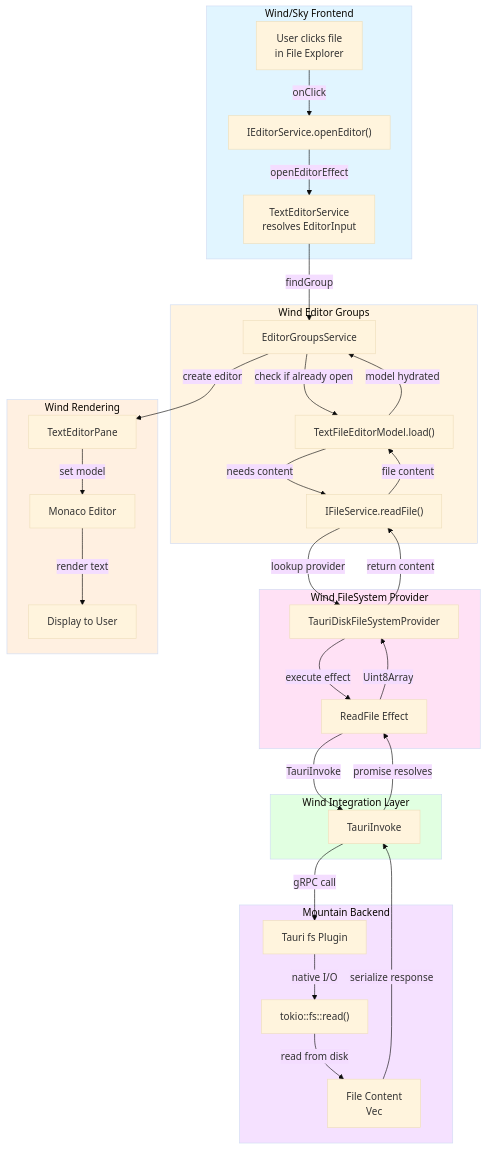
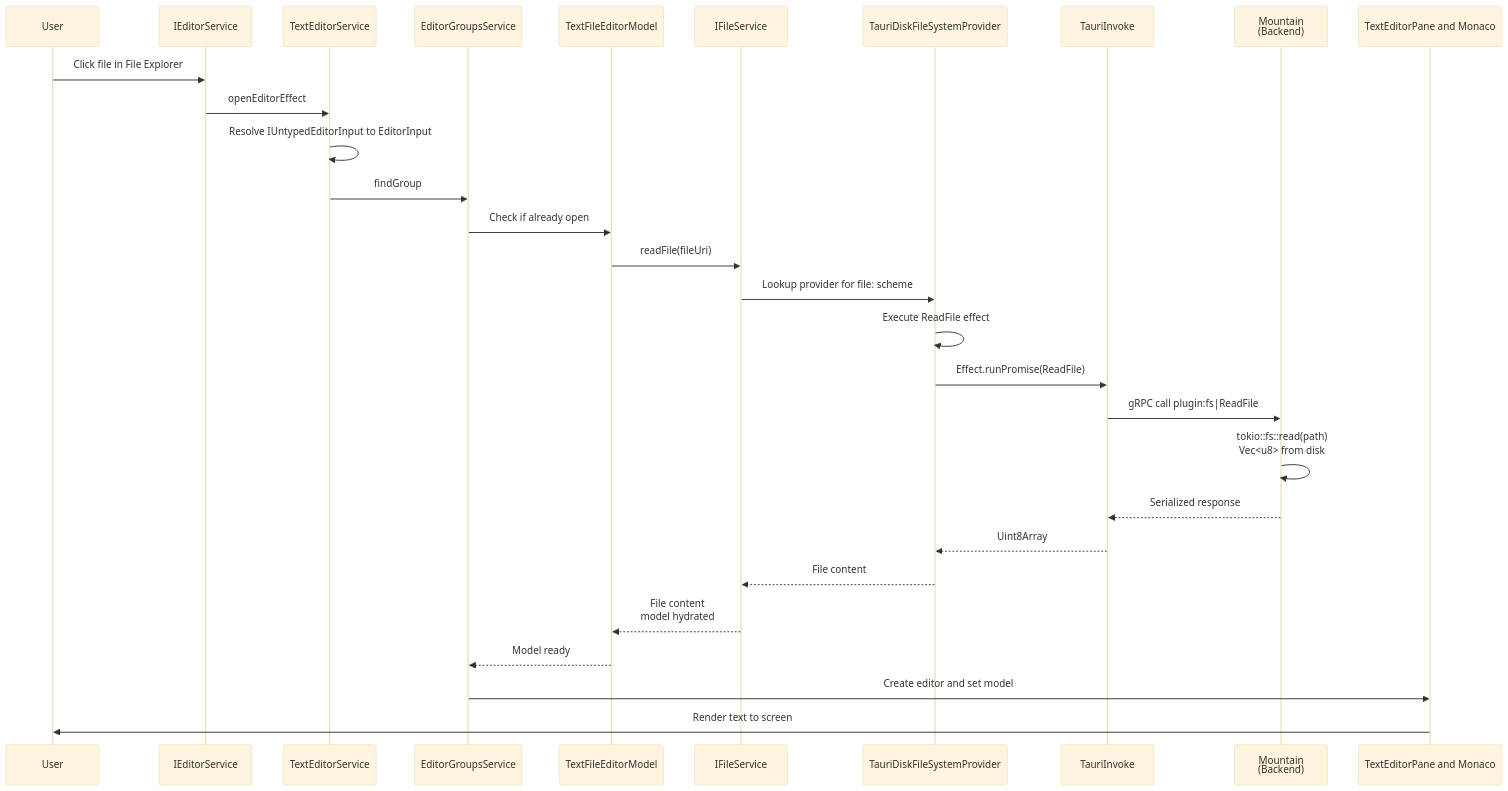
One commit to CodeEditorLand/Land changed the diagram in Documentation/GitHub/Workflow/OpeningAFileFromTheUI.md. Above: the diagram before and after it, drawn with Mermaid (base theme). The commit also changed other lines of this file and 28 other files, not shown here.

````diff
--- a/Documentation/GitHub/Workflow/OpeningAFileFromTheUI.md
+++ b/Documentation/GitHub/Workflow/OpeningAFileFromTheUI.md
@@ -10,63 +32,32 @@
 ```mermaid
-flowchart TB
-    subgraph UI["Wind/Sky Frontend"]
-        U["User clicks file<br/>in File Explorer"]
-        ES["IEditorService.openEditor()"]
-        TES["TextEditorService<br/>resolves EditorInput"]
-    end
+sequenceDiagram
+    participant User as User
+    participant IES as IEditorService
+    participant TES as TextEditorService
+    participant EGS as EditorGroupsService
+    participant TFEM as TextFileEditorModel
+    participant IFS as IFileService
+    participant TDFSP as TauriDiskFileSystemProvider
+    participant TI as TauriInvoke
+    participant Mountain as Mountain<br/>(Backend)
+    participant Pane as TextEditorPane and Monaco
 
-    subgraph Editor["Wind Editor Groups"]
-        EGS["EditorGroupsService"]
-        TEI["TextFileEditorModel.load()"]
-        FS["IFileService.readFile()"]
-    end
-
-    subgraph FileSystem["Wind FileSystem Provider"]
-        TDFSP["TauriDiskFileSystemProvider"]
-        RF["ReadFile Effect"]
-    end
-
-    subgraph Integration["Wind Integration Layer"]
-        TI["TauriInvoke"]
-    end
-
-    subgraph Backend["Mountain Backend"]
-        TFS["Tauri fs Plugin"]
-        NATIVE["tokio::fs::read()"]
-        CONTENT["File Content<br/>Vec<u8>"]
-    end
-
-    subgraph Render["Wind Rendering"]
-        TPE["TextEditorPane"]
-        ME["Monaco Editor"]
-        DIS["Display to User"]
-    end
-
-    U -->|onClick| ES
-    ES -->|openEditorEffect| TES
-    TES -->|findGroup| EGS
-    EGS -->|check if already open| TEI
-    TEI -->|needs content| FS
-    FS -->|lookup provider| TDFSP
-    TDFSP -->|execute effect| RF
-    RF -->|TauriInvoke| TI
-    TI -->|gRPC call| TFS
-    TFS -->|native I/O| NATIVE
-    NATIVE -->|read from disk| CONTENT
-    CONTENT -->|serialize response| TI
-    TI -->|promise resolves| RF
-    RF -->|Uint8Array| TDFSP
-    TDFSP -->|return content| FS
-    FS -->|file content| TEI
-    TEI -->|model hydrated| EGS
-    EGS -->|create editor| TPE
-    TPE -->|set model| ME
-    ME -->|render text| DIS
-
-    style UI fill:#e1f5ff
-    style Editor fill:#fff4e1
-    style FileSystem fill:#ffe1f5
-    style Integration fill:#e1ffe1
-    style Backend fill:#f5e1ff
-    style Render fill:#fff0e1
+    User->>IES: Click file in File Explorer
+    IES->>TES: openEditorEffect
+    TES->>TES: Resolve IUntypedEditorInput to EditorInput
+    TES->>EGS: findGroup
+    EGS->>TFEM: Check if already open
+    TFEM->>IFS: readFile(fileUri)
+    IFS->>TDFSP: Lookup provider for file: scheme
+    TDFSP->>TDFSP: Execute ReadFile effect
+    TDFSP->>TI: Effect.runPromise(ReadFile)
+    TI->>Mountain: gRPC call plugin:fs|ReadFile
+    Mountain->>Mountain: tokio::fs::read(path)<br/>Vec<u8> from disk
+    Mountain-->>TI: Serialized response
+    TI-->>TDFSP: Uint8Array
+    TDFSP-->>IFS: File content
+    IFS-->>TFEM: File content<br/>model hydrated
+    TFEM-->>EGS: Model ready
+    EGS->>Pane: Create editor and set model
+    Pane->>User: Render text to screen
 ```
````
